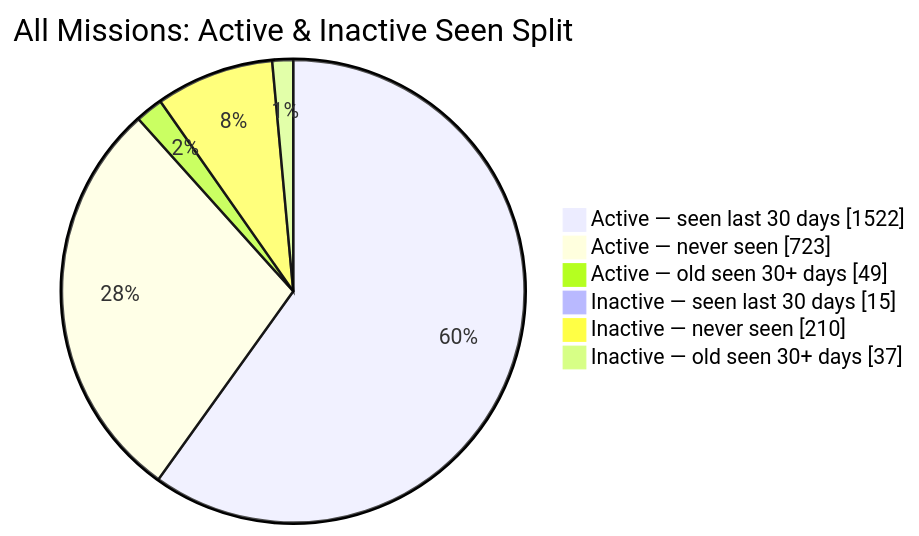
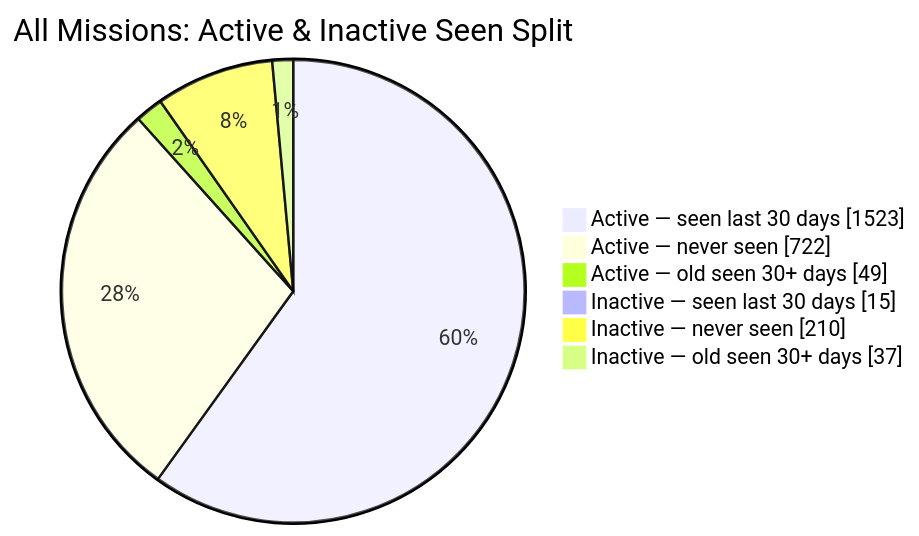
Before and after one commit to MeldkamerspelGameTeam/active-missions: the second of 2 diagrams in README.md, drawn with Mermaid. The commit also changed other lines of this file and 3 other files, not shown here.

````diff
--- a/README.md
+++ b/README.md
@@ -44,10 +44,10 @@
 ```mermaid
 pie showData
     title All Missions: Active & Inactive Seen Split
-    "Active — seen last 30 days" : 1522
-    "Active — never seen" : 723
+    "Active — seen last 30 days" : 1523
+    "Active — never seen" : 722
     "Active — old seen 30+ days" : 49
     "Inactive — seen last 30 days" : 15
     "Inactive — never seen" : 210
     "Inactive — old seen 30+ days" : 37
 ```
````
